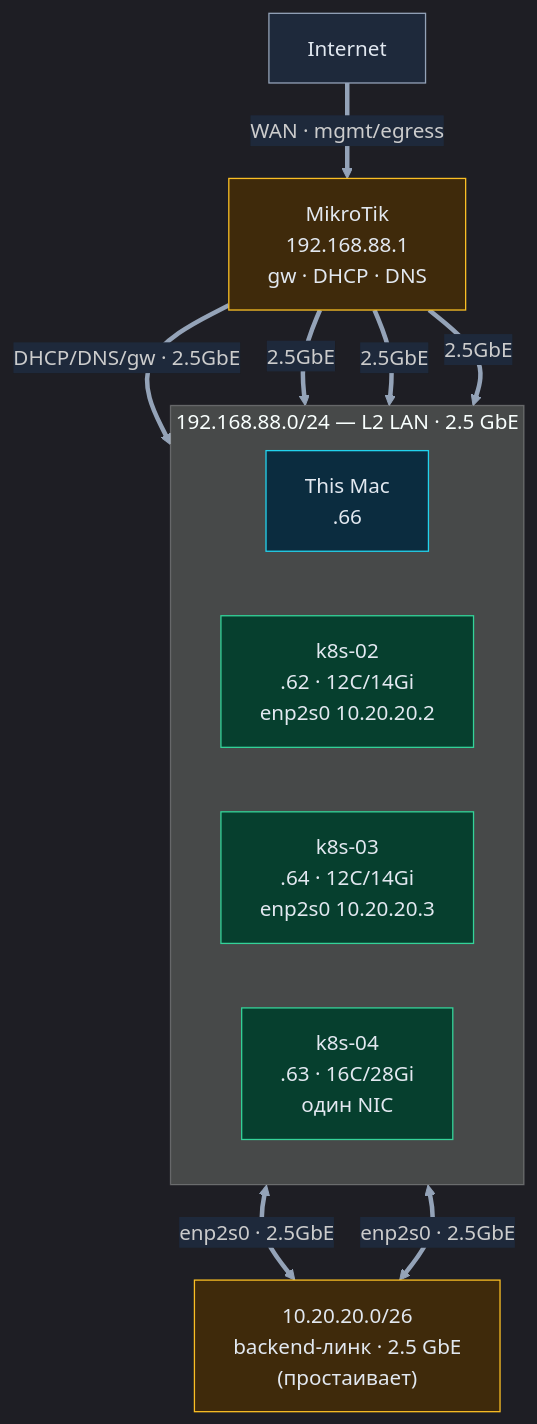
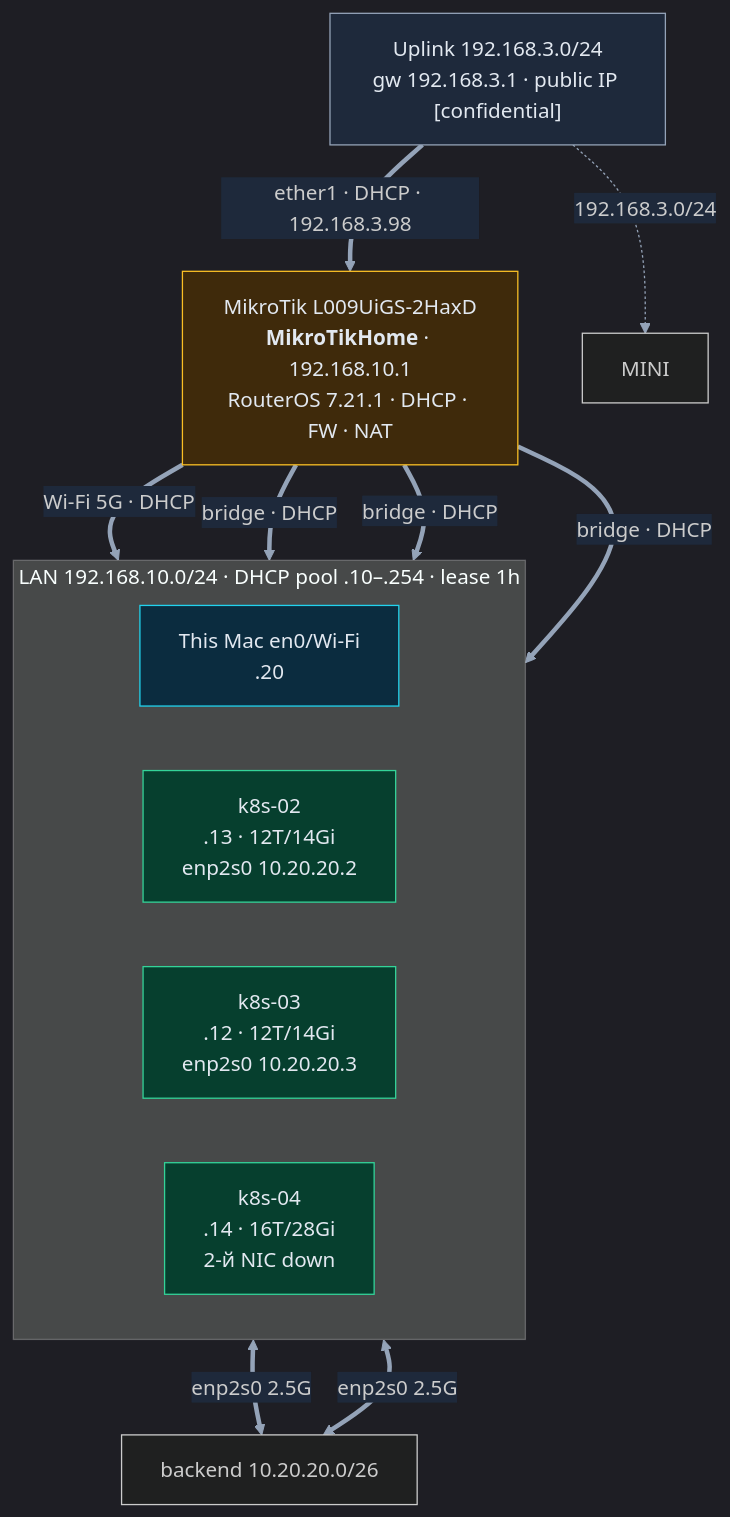
One commit to msklv/demo-ai-lab changed the diagram in network-map-detail.md. Above: the diagram before and after it, drawn with Mermaid. The commit also changed other lines of this file, not shown here.

````diff
--- a/network-map-detail.md
+++ b/network-map-detail.md
@@ -6,31 +7,31 @@
 ```mermaid
 %%{init: {"theme": "dark", "themeVariables": {"fontFamily": "ui-monospace, monospace", "edgeLabelBackground": "#1e293b", "primaryTextColor": "#e2e8f0", "lineColor": "#94a3b8"}}}%%
 graph TD
 
-    INT["Internet"]:::ext
-    RT["MikroTik<br/>192.168.88.1<br/>gw · DHCP · DNS"]:::net
+    UP["Uplink 192.168.3.0/24<br/>gw 192.168.3.1 · public IP [confidential]"]:::ext
 
-    subgraph LAN["192.168.88.0/24 — L2 LAN · 2.5 GbE"]
+    RT["MikroTik L009UiGS-2HaxD<br/><b>MikroTikHome</b> · 192.168.10.1<br/>RouterOS 7.21.1 · DHCP · FW · NAT"]:::net
+
+    subgraph LAN["LAN 192.168.10.0/24 · DHCP pool .10–.254 · lease 1h"]
         direction LR
-        MAC["This Mac<br/>.66"]:::mac
-        K2["k8s-02<br/>.62 · 12C/14Gi<br/>enp2s0 10.20.20.2"]:::linux
-        K4["k8s-03<br/>.64 · 12C/14Gi<br/>enp2s0 10.20.20.3"]:::linux
-        K3["k8s-04<br/>.63 · 16C/28Gi<br/>один NIC"]:::linux
+        MAC["This Mac en0/Wi-Fi<br/>.20"]:::mac
+        K2["k8s-02<br/>.13 · 12T/14Gi<br/>enp2s0 10.20.20.2"]:::linux
+        K3["k8s-03<br/>.12 · 12T/14Gi<br/>enp2s0 10.20.20.3"]:::linux
+        K4["k8s-04<br/>.14 · 16T/28Gi<br/>2-й NIC down"]:::linux
     end
 
-    NET20["10.20.20.0/26<br/>backend-линк · 2.5 GbE<br/>(простаивает)"]:::net
+    K2 <==>|"enp2s0 2.5G"| BE["backend 10.20.20.0/26"]
+    K3 <==>|"enp2s0 2.5G"| BE
 
-    INT ==>|"WAN · mgmt/egress"| RT
-    RT ==>|"DHCP/DNS/gw · 2.5GbE"| MAC
-    RT ==>|"2.5GbE"| K2
-    RT ==>|"2.5GbE"| K4
-    RT ==>|"2.5GbE"| K3
-
-    K2 <==>|"enp2s0 · 2.5GbE"| NET20
-    K4 <==>|"enp2s0 · 2.5GbE"| NET20
+    UP ==>|"ether1 · DHCP · 192.168.3.98"| RT
+    UP -.->|"192.168.3.0/24"| MINI
+    RT ==>|"Wi-Fi 5G · DHCP"| MAC
+    RT ==>|"bridge · DHCP"| K2
+    RT ==>|"bridge · DHCP"| K3
+    RT ==>|"bridge · DHCP"| K4
 
     classDef mac fill:#0b2c3f,stroke:#22d3ee,color:#e2e8f0;
     classDef linux fill:#063f2e,stroke:#34d399,color:#e2e8f0;
     classDef net fill:#3f2a0b,stroke:#fbbf24,color:#e2e8f0;
     classDef ext fill:#1e293b,stroke:#94a3b8,color:#e2e8f0;
 ```
````
